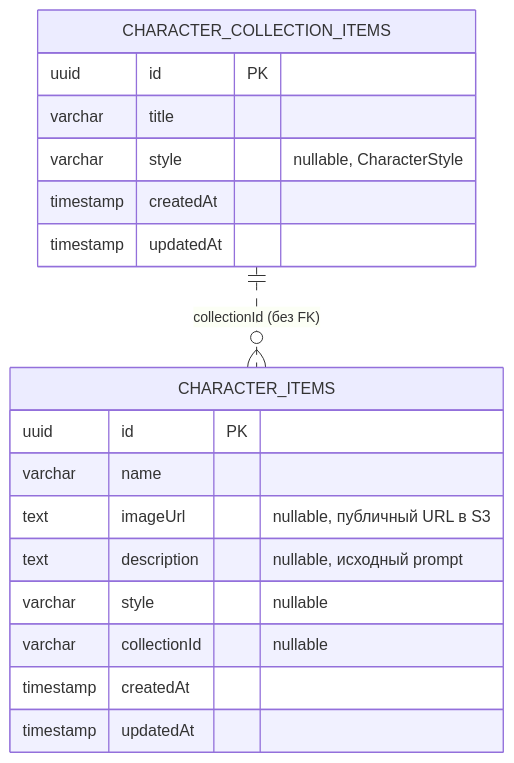
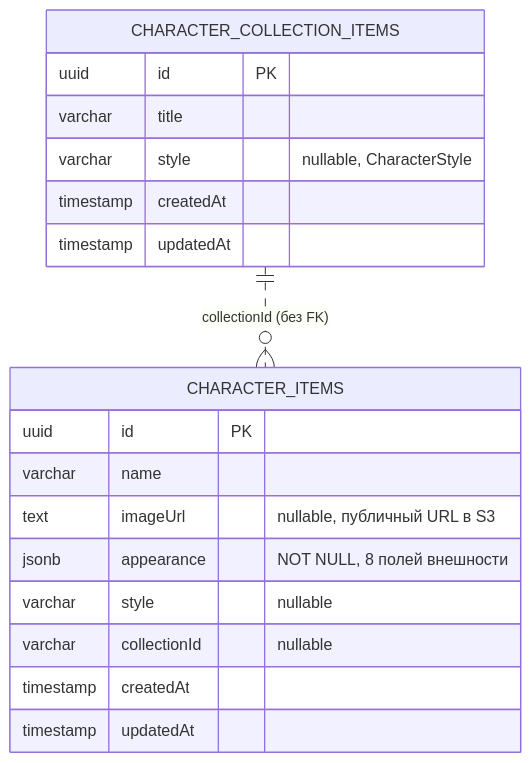
One commit to ngg-dev/video-app-backend changed the diagram in docs/data-model.md. Above: the diagram before and after it, drawn with Mermaid. The commit also changed other lines of this file and 34 other files, not shown here.

Commit message:
feat: мастер-лист персонажа одним запросом из структурированных полей внешности

````diff
--- a/docs/data-model.md
+++ b/docs/data-model.md
@@ -6,23 +6,23 @@
 ```mermaid
 erDiagram
     CHARACTER_COLLECTION_ITEMS ||..o{ CHARACTER_ITEMS : "collectionId (без FK)"
 
     CHARACTER_COLLECTION_ITEMS {
         uuid id PK
         varchar title
         varchar style "nullable, CharacterStyle"
         timestamp createdAt
         timestamp updatedAt
     }
 
     CHARACTER_ITEMS {
         uuid id PK
         varchar name
         text imageUrl "nullable, публичный URL в S3"
-        text description "nullable, исходный prompt"
+        jsonb appearance "NOT NULL, 8 полей внешности"
         varchar style "nullable"
         varchar collectionId "nullable"
         timestamp createdAt
         timestamp updatedAt
     }
 ```
````
